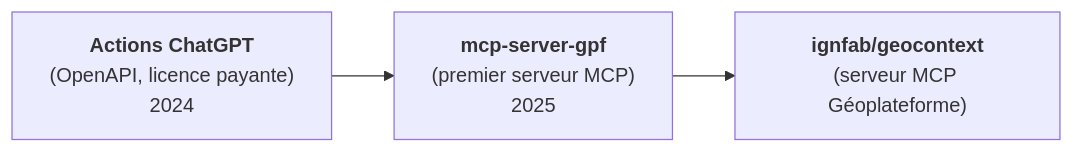
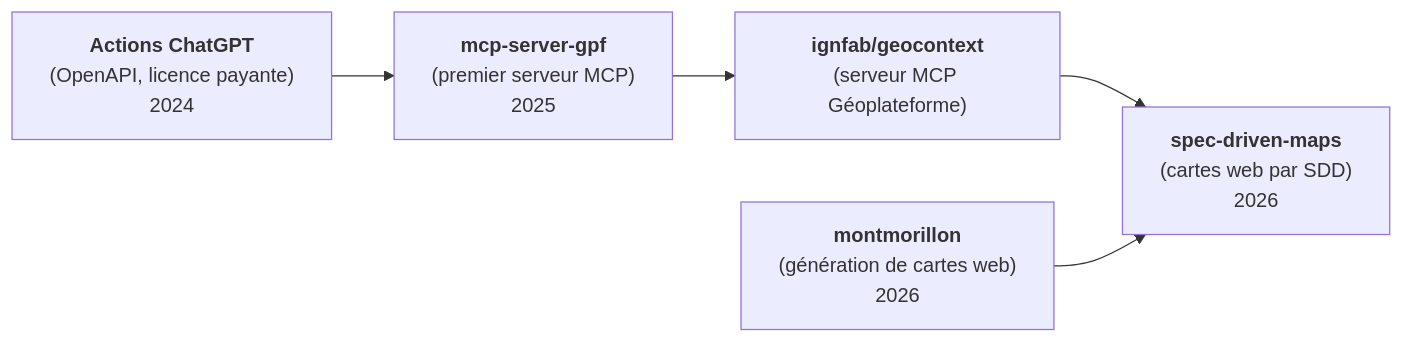
One commit to mborne/mborne.github.io changed the diagram in docs/ia/llm/experimentations/index.md. Above: the diagram before and after it, drawn with Mermaid. The commit also changed other lines of this file, not shown here.

Commit message:
docs(ia): historique - génération de cartes web (montmorillon, spec-driven-maps)

````diff
--- a/docs/ia/llm/experimentations/index.md
+++ b/docs/ia/llm/experimentations/index.md
@@ -23,9 +23,13 @@
 ```mermaid
 graph LR
   A["<b>Actions ChatGPT</b><br />(OpenAPI, licence payante)<br />2024"]
   B["<b>mcp-server-gpf</b><br />(premier serveur MCP)<br />2025"]
   C["<b>ignfab/geocontext</b><br />(serveur MCP Géoplateforme)"]
+  D["<b>montmorillon</b><br />(génération de cartes web)<br />2026"]
+  E["<b>spec-driven-maps</b><br />(cartes web par SDD)<br />2026"]
 
   A --> B
   B --> C
+  C --> E
+  D --> E
 ```
````
